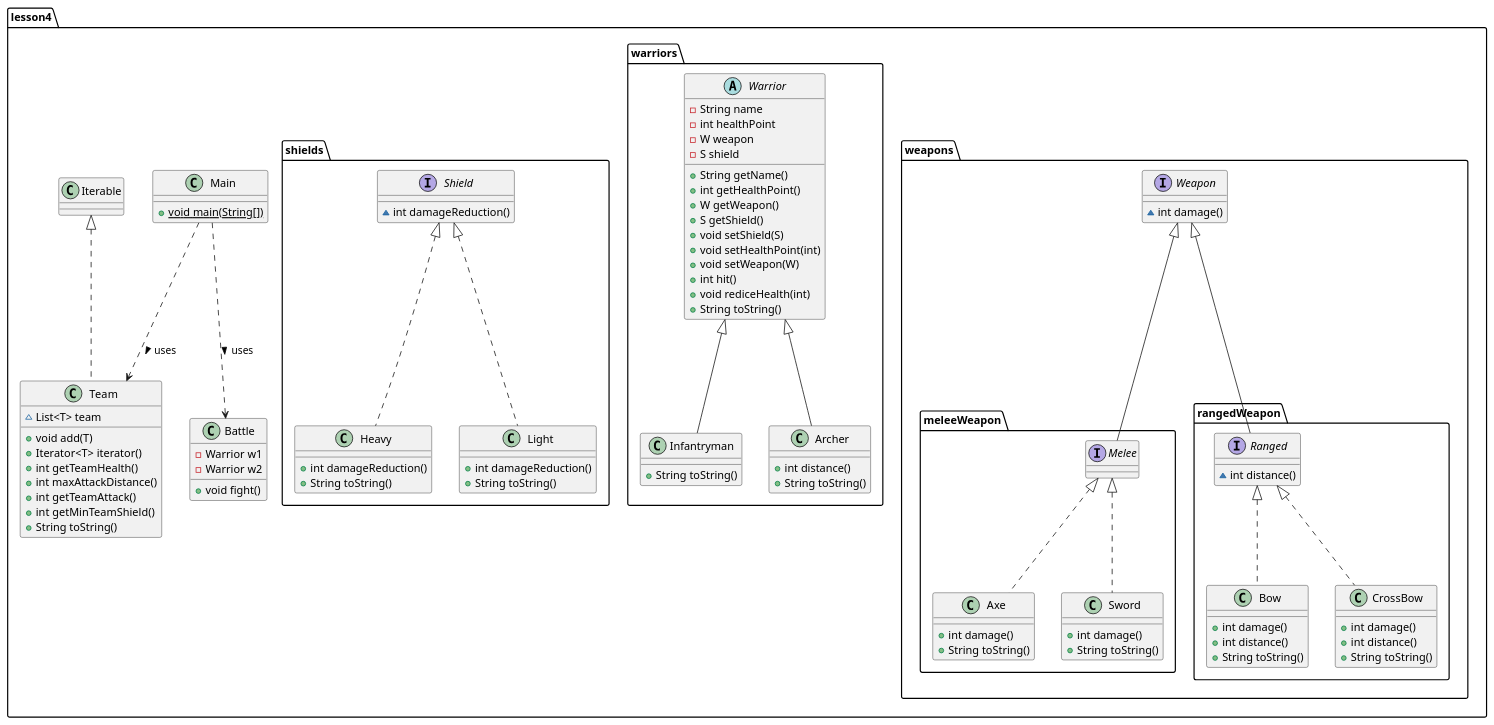
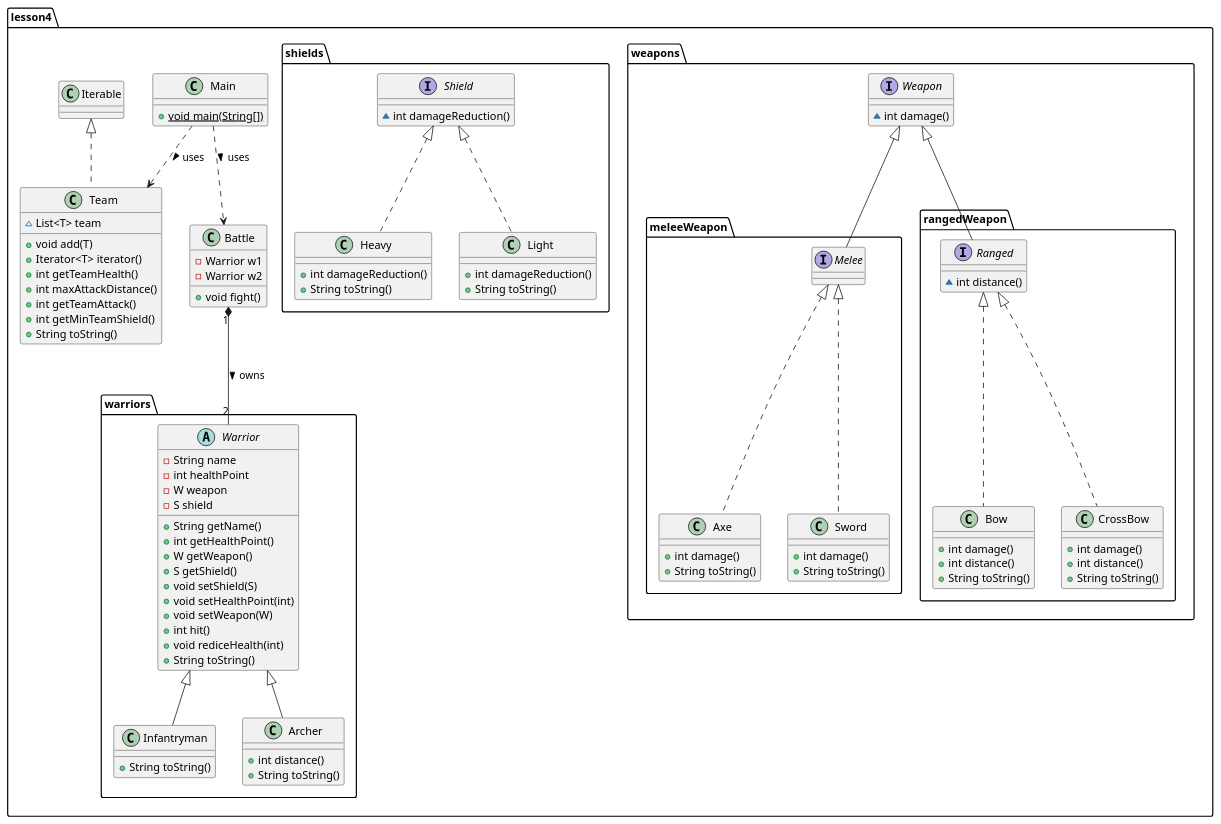
The diagram in hmsem1.puml (Lokotokk/Architecture-hmsem1), drawn with PlantUML before and after one commit.

```diff
--- a/hmsem1.puml
+++ b/hmsem1.puml
@@ -1,110 +1,112 @@
 @startuml
 interface lesson4.weapons.meleeWeapon.Melee {
 }
 class lesson4.weapons.meleeWeapon.Axe {
 + int damage()
 + String toString()
 }
 class lesson4.Team {
 ~ List<T> team
 + void add(T)
 + Iterator<T> iterator()
 + int getTeamHealth()
 + int maxAttackDistance()
 + int getTeamAttack()
 + int getMinTeamShield()
 + String toString()
 }
 interface lesson4.weapons.rangedWeapon.Ranged {
 ~ int distance()
 }
 ' Абстрактный класс Warrior с четрымя приватными полями и 10ю публичными методами
 abstract class lesson4.warriors.Warrior {
 - String name
 - int healthPoint
 - W weapon
 - S shield
 + String getName()
 + int getHealthPoint()
 + W getWeapon()
 + S getShield()
 + void setShield(S)
 + void setHealthPoint(int)
 + void setWeapon(W)
 + int hit()
 + void rediceHealth(int)
 + String toString()
 }
 class lesson4.weapons.rangedWeapon.Bow {
 + int damage()
 + int distance()
 + String toString()
 }
 
 
 class lesson4.shields.Heavy {
 + int damageReduction()
 + String toString()
 }
 class lesson4.warriors.Infantryman {
 + String toString()
 }
 class lesson4.weapons.meleeWeapon.Sword {
 + int damage()
 + String toString()
 }
 interface lesson4.weapons.Weapon {
 ~ int damage()
 }
 'Класс с двумя приватными полями и одним публичным методом
 class lesson4.Battle {
 - Warrior w1
 - Warrior w2
 + void fight()
 }
 interface lesson4.shields.Shield {
 ~ int damageReduction()
 }
 class lesson4.weapons.rangedWeapon.CrossBow {
 + int damage()
 + int distance()
 + String toString()
 }
 class lesson4.shields.Light {
 + int damageReduction()
 + String toString()
 }
 class lesson4.Main {
 + {static} void main(String[])
 }
 class lesson4.warriors.Archer {
 + int distance()
 + String toString()
 }
 
+Battle "1" *-- "2" Warrior : owns >
+
 ' Melee наследует от Weapon
 lesson4.weapons.Weapon <|-- lesson4.weapons.meleeWeapon.Melee
 ' Axe реализует интерфейс Melee
 lesson4.weapons.meleeWeapon.Melee <|.. lesson4.weapons.meleeWeapon.Axe
 ' Team реализует интерфейс Iterable
 lesson4.Iterable <|.. lesson4.Team
 ' Ranged наследует от Weapon
 lesson4.weapons.Weapon <|-- lesson4.weapons.rangedWeapon.Ranged
 ' Bow реализует интерфейс Ranged
 lesson4.weapons.rangedWeapon.Ranged <|.. lesson4.weapons.rangedWeapon.Bow
 ' Heavy реализует интерфейс Shield
 lesson4.shields.Shield <|.. lesson4.shields.Heavy
 ' Infantryman наследует от Warrior
 lesson4.warriors.Warrior <|-- lesson4.warriors.Infantryman
 ' Sword реализует интерфейс Melee
 lesson4.weapons.meleeWeapon.Melee <|.. lesson4.weapons.meleeWeapon.Sword
 ' CrossBow реализует интерфейс Ranged
 lesson4.weapons.rangedWeapon.Ranged <|.. lesson4.weapons.rangedWeapon.CrossBow
 ' Light реализует интерфейс Shield
 lesson4.shields.Shield <|.. lesson4.shields.Light
 ' Archer наследует Warrior
 lesson4.warriors.Warrior <|-- lesson4.warriors.Archer
 ' демонстрации зависимости (Dependency)
 Main ..> Team : uses >
 Main ..> Battle : uses >
 @enduml
```
